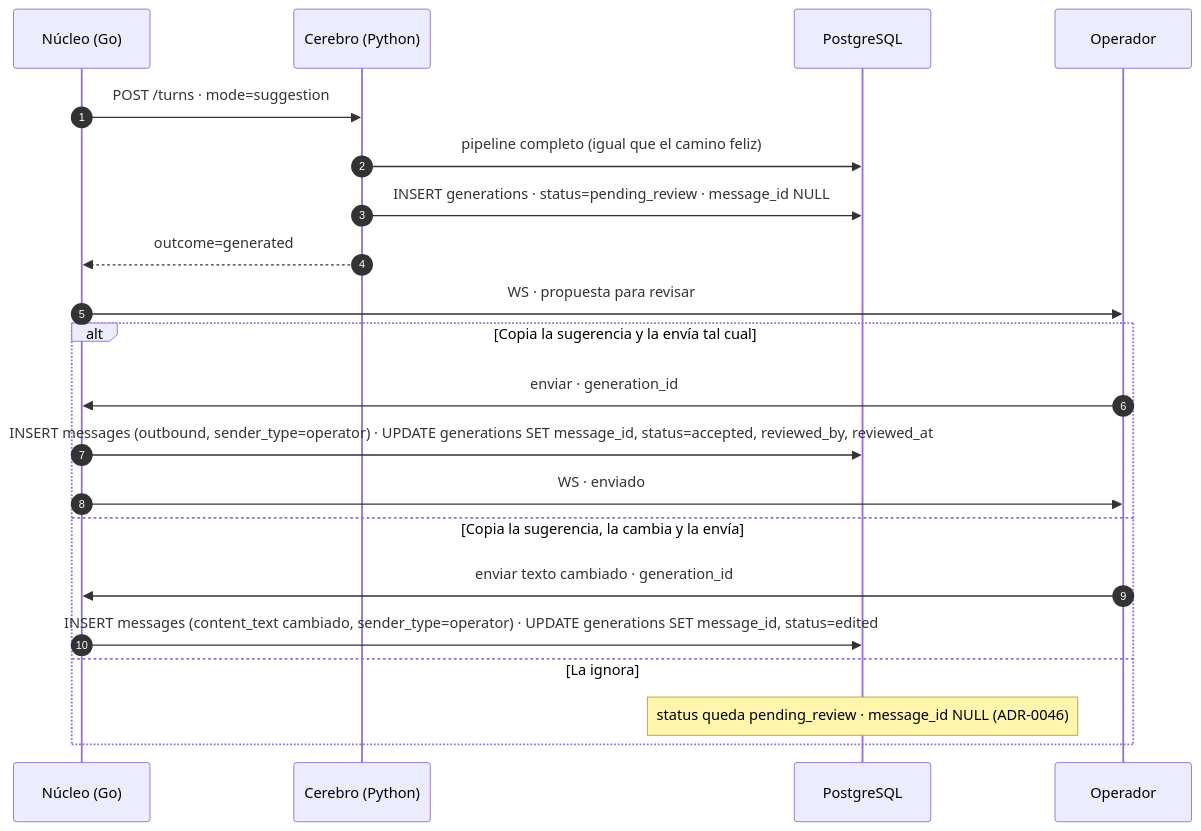
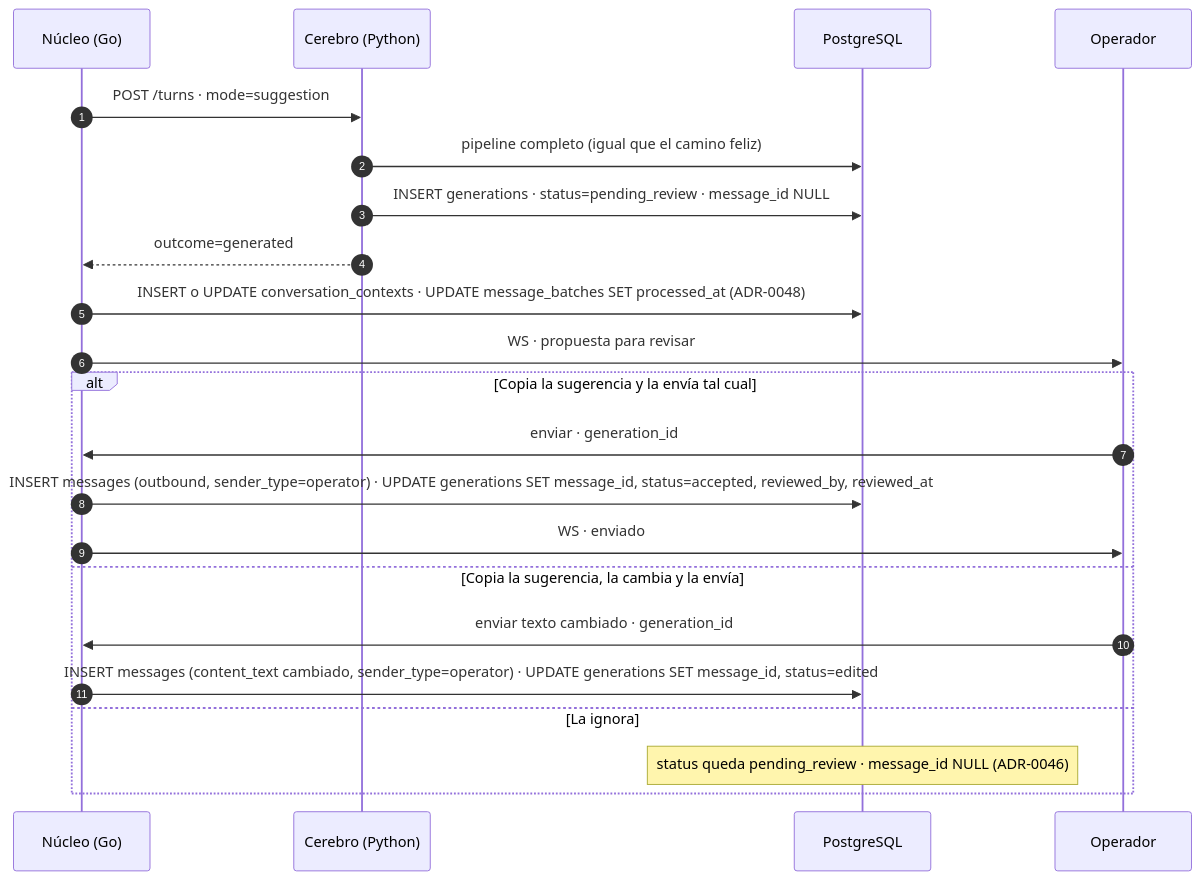
One commit to Agus-03/Calidad-SONIA changed the second of 3 diagrams in docs/design/07-secuencia-del-turno.md. Above: the diagram before and after it, drawn with Mermaid. The commit also changed other lines of this file and 5 other files, not shown here.

````diff
--- a/docs/design/07-secuencia-del-turno.md
+++ b/docs/design/07-secuencia-del-turno.md
@@ -166,25 +167,26 @@
 ```mermaid
 sequenceDiagram
     autonumber
     participant N as Núcleo (Go)
     participant C as Cerebro (Python)
     participant DB as PostgreSQL
     participant O as Operador
 
     N->>C: POST /turns · mode=suggestion
     C->>DB: pipeline completo (igual que el camino feliz)
     C->>DB: INSERT generations · status=pending_review · message_id NULL
     C-->>N: outcome=generated
+    N->>DB: INSERT o UPDATE conversation_contexts · UPDATE message_batches SET processed_at (ADR-0048)
     N->>O: WS · propuesta para revisar
 
     alt Copia la sugerencia y la envía tal cual
         O->>N: enviar · generation_id
         N->>DB: INSERT messages (outbound, sender_type=operator) · UPDATE generations SET message_id, status=accepted, reviewed_by, reviewed_at
         N->>O: WS · enviado
     else Copia la sugerencia, la cambia y la envía
         O->>N: enviar texto cambiado · generation_id
         N->>DB: INSERT messages (content_text cambiado, sender_type=operator) · UPDATE generations SET message_id, status=edited
     else La ignora
         Note over DB: status queda pending_review · message_id NULL (ADR-0046)
     end
 ```
````
